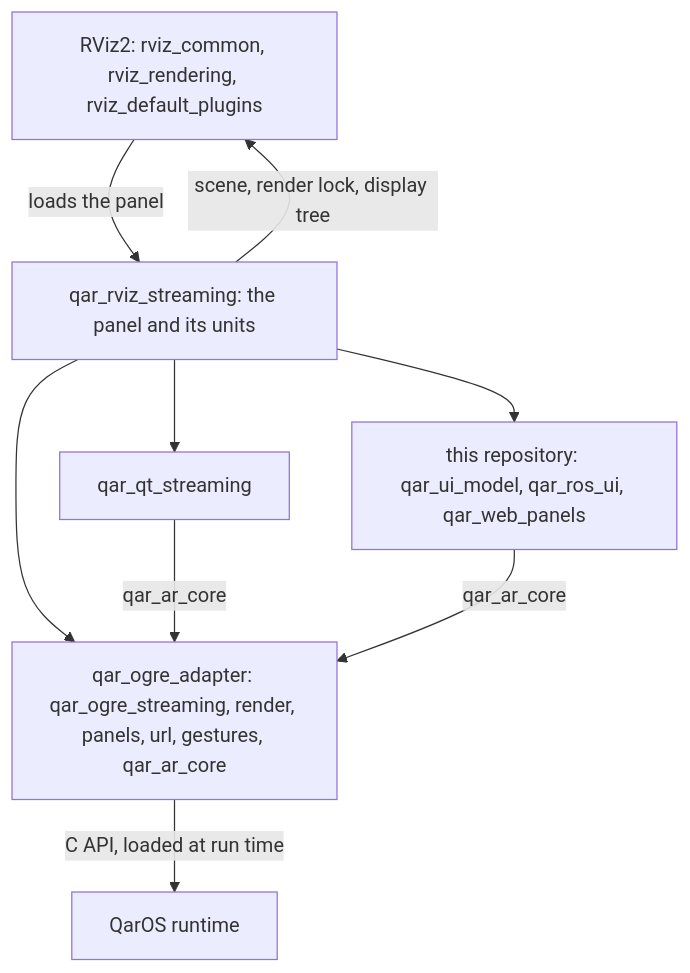
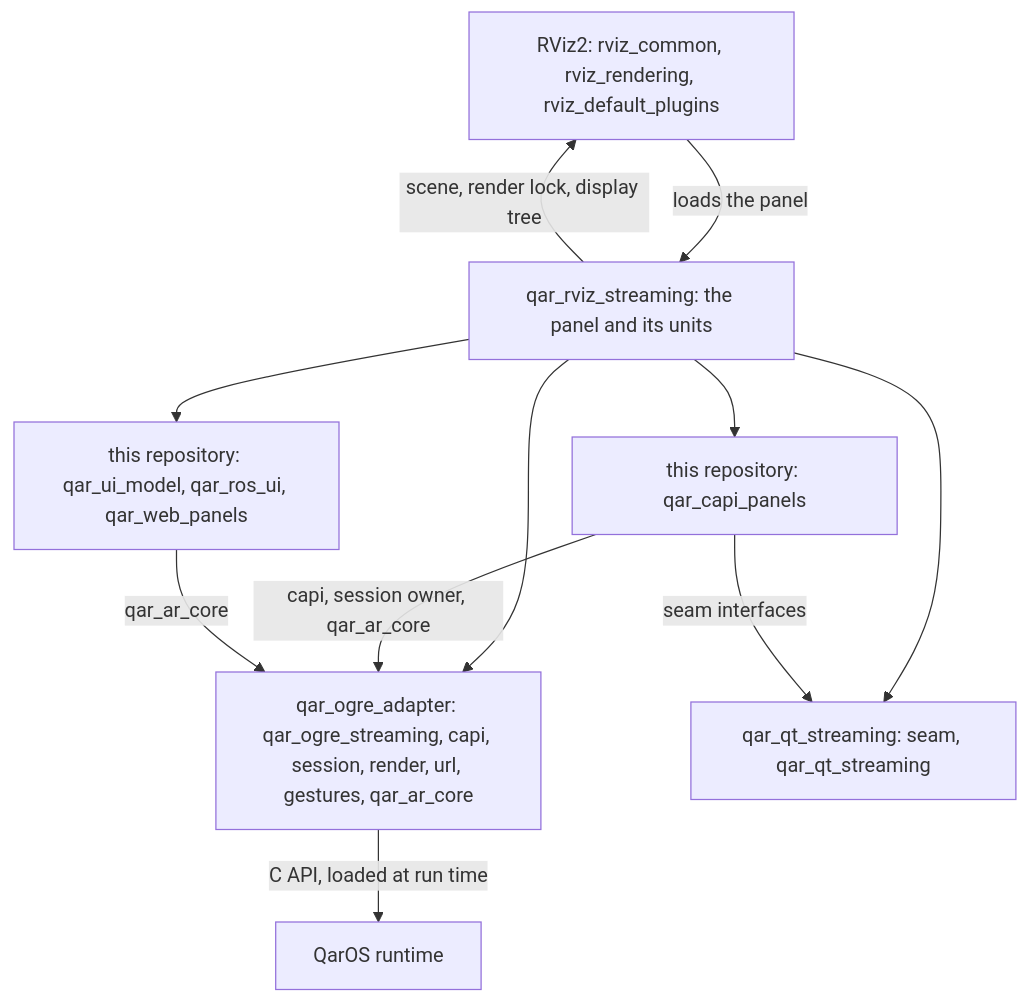
One commit to Quaternar/qaros-ros-rviz changed the first of 3 diagrams in docs/ARCHITECTURE.md. Above: the diagram before and after it, drawn with Mermaid. The commit also changed other lines of this file and 17 other files, not shown here.

````diff
--- a/docs/ARCHITECTURE.md
+++ b/docs/ARCHITECTURE.md
@@ -15,17 +15,20 @@
 ```mermaid
 flowchart TB
   rviz["RViz2: rviz_common, rviz_rendering, rviz_default_plugins"]
   plugin["qar_rviz_streaming: the panel and its units"]
-  ogre["qar_ogre_adapter: qar_ogre_streaming, render, panels, url, gestures, qar_ar_core"]
-  qt["qar_qt_streaming"]
+  ogre["qar_ogre_adapter: qar_ogre_streaming, capi, session, render, url, gestures, qar_ar_core"]
+  qt["qar_qt_streaming: seam, qar_qt_streaming"]
+  capi["this repository: qar_capi_panels"]
   web["this repository: qar_ui_model, qar_ros_ui, qar_web_panels"]
   qaros["QarOS runtime"]
   rviz -- "loads the panel" --> plugin
   plugin -- "scene, render lock, display tree" --> rviz
   plugin --> ogre
   plugin --> qt
+  plugin --> capi
   plugin --> web
-  qt -- "qar_ar_core" --> ogre
+  capi -- "seam interfaces" --> qt
+  capi -- "capi, session owner, qar_ar_core" --> ogre
   web -- "qar_ar_core" --> ogre
   ogre -- "C API, loaded at run time" --> qaros
 ```
````
